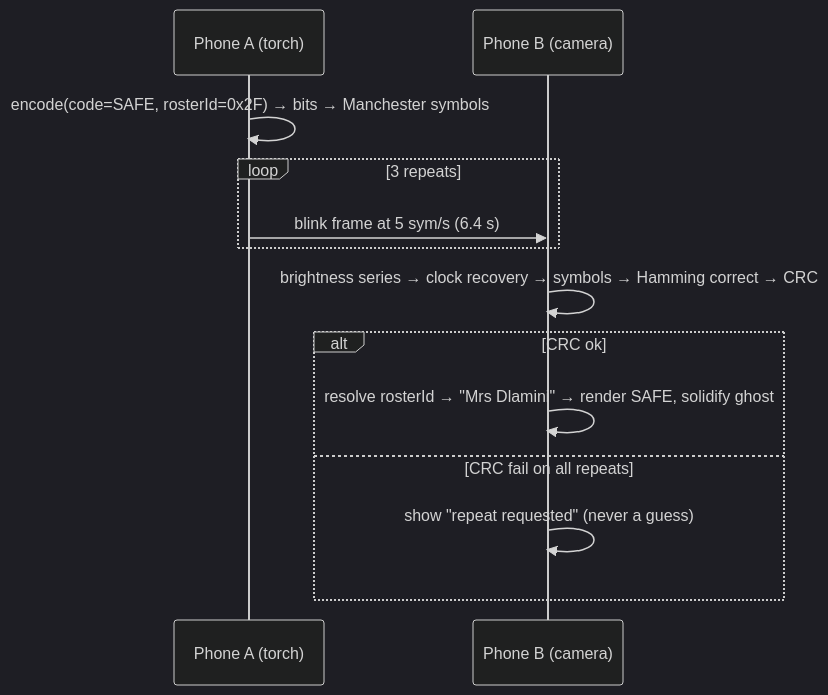
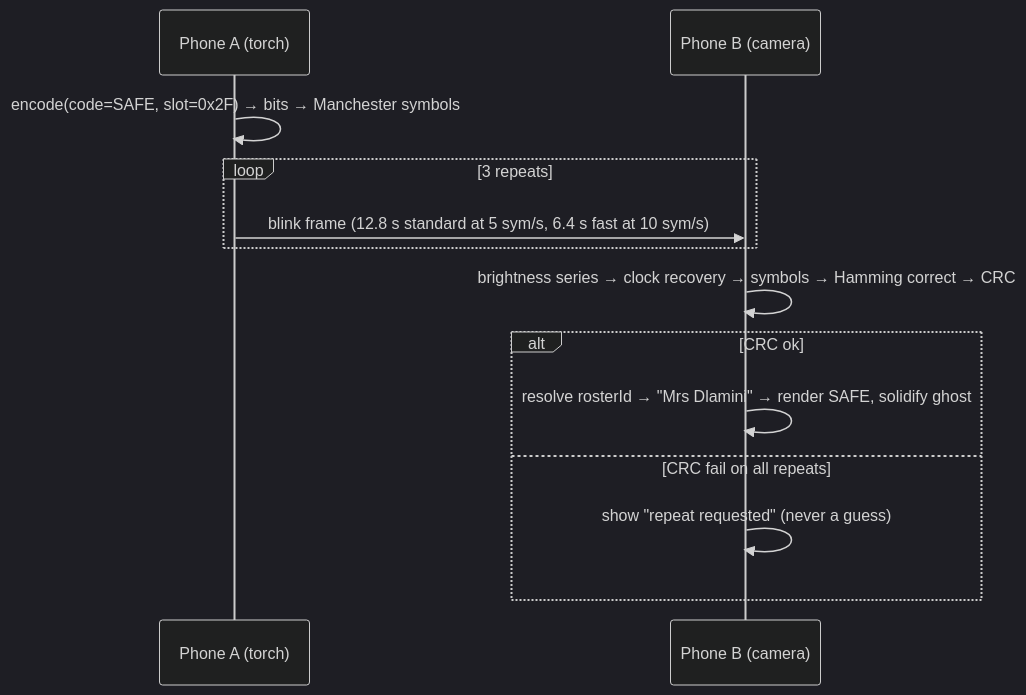
The fourth of 6 diagrams in docs/afterglow-architecture.md (rogerjeasy/afterglow), drawn with Mermaid (dark theme) before and after one commit. The commit also changed other lines of this file and 14 other files, not shown here.

First line of the commit message:
Heliograph: fast profile chosen by camera speed, and a 6-bit roster slot

````diff
--- a/docs/afterglow-architecture.md
+++ b/docs/afterglow-architecture.md
@@ -245,15 +245,15 @@
 ```mermaid
 sequenceDiagram
   participant A as Phone A (torch)
   participant B as Phone B (camera)
-  A->>A: encode(code=SAFE, rosterId=0x2F) → bits → Manchester symbols
+  A->>A: encode(code=SAFE, slot=0x2F) → bits → Manchester symbols
   loop 3 repeats
-    A->>B: blink frame at 5 sym/s (6.4 s)
+    A->>B: blink frame (12.8 s standard at 5 sym/s, 6.4 s fast at 10 sym/s)
   end
   B->>B: brightness series → clock recovery → symbols → Hamming correct → CRC
   alt CRC ok
     B->>B: resolve rosterId → "Mrs Dlamini" → render SAFE, solidify ghost
   else CRC fail on all repeats
     B->>B: show "repeat requested" (never a guess)
   end
 ```
````
